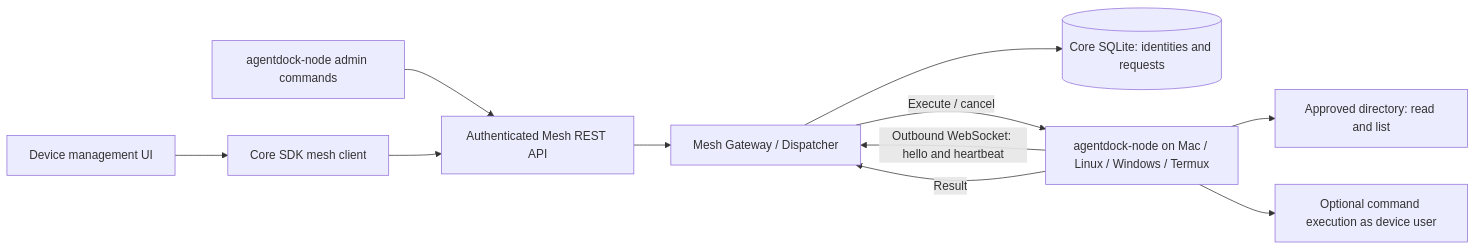
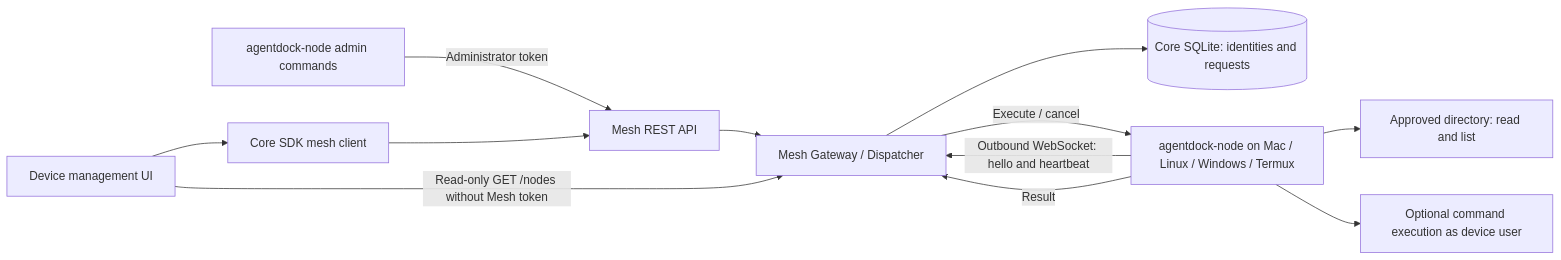
One commit to helloimcx/agentdock changed the diagram in docs/architecture/mesh.md. Above: the diagram before and after it, drawn with Mermaid. The commit also changed other lines of this file and 23 other files, not shown here.

Commit message:
Expose read-only Mesh node overview

````diff
--- a/docs/architecture/mesh.md
+++ b/docs/architecture/mesh.md
@@ -5,13 +5,14 @@
 ```mermaid
 flowchart LR
   ui[Device management UI] --> sdk[Core SDK mesh client]
-  cli[agentdock-node admin commands] --> api[Authenticated Mesh REST API]
+  cli[agentdock-node admin commands] -->|Administrator token| api[Mesh REST API]
   sdk --> api
   api --> gateway[Mesh Gateway / Dispatcher]
+  ui -->|Read-only GET /nodes without Mesh token| gateway
   gateway --> db[(Core SQLite: identities and requests)]
   node[agentdock-node on Mac / Linux / Windows / Termux] -->|Outbound WebSocket: hello and heartbeat| gateway
   gateway -->|Execute / cancel| node
   node -->|Result| gateway
   node --> files[Approved directory: read and list]
   node --> shell[Optional command execution as device user]
 ```
````
